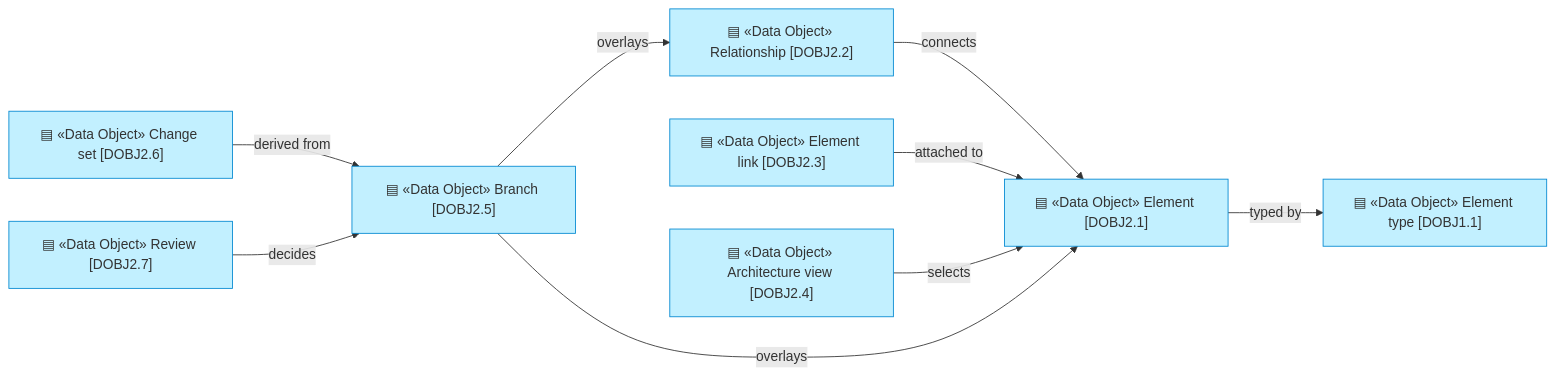
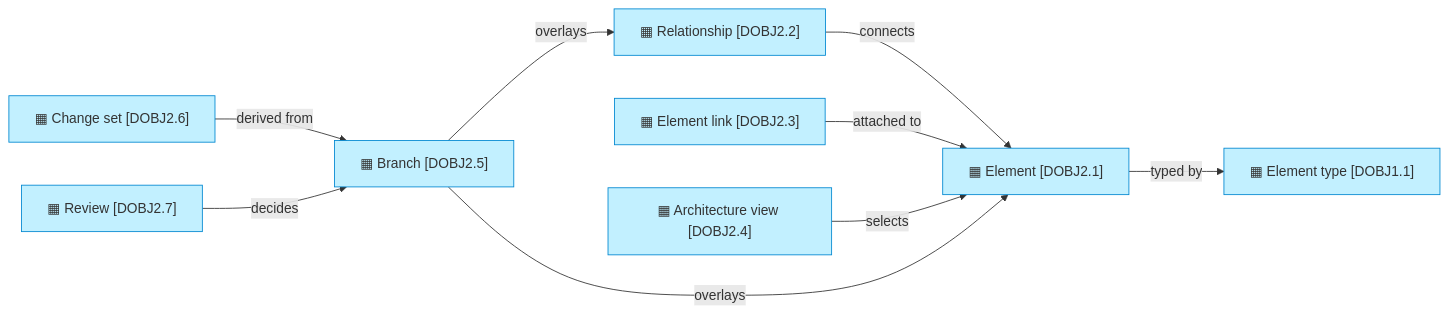
Before and after one commit to bocanegratqut/dbx-enterprise-architecture: the third of 4 diagrams in architecture/3_information/1_data-objects.md, drawn with Mermaid. The commit also changed other lines of this file and 25 other files, not shown here.

````diff
--- a/architecture/3_information/1_data-objects.md
+++ b/architecture/3_information/1_data-objects.md
@@ -34,21 +52,21 @@
 ```mermaid
 flowchart LR
-  el["▤ «Data Object» Element [DOBJ2.1]"]:::application
-  rel["▤ «Data Object» Relationship [DOBJ2.2]"]:::application
-  ln["▤ «Data Object» Element link [DOBJ2.3]"]:::application
-  view["▤ «Data Object» Architecture view [DOBJ2.4]"]:::application
-  br["▤ «Data Object» Branch [DOBJ2.5]"]:::application
-  cs["▤ «Data Object» Change set [DOBJ2.6]"]:::application
-  rev["▤ «Data Object» Review [DOBJ2.7]"]:::application
-  et["▤ «Data Object» Element type [DOBJ1.1]"]:::application
+  el["▦ Element [DOBJ2.1]"]:::application
+  rel["▦ Relationship [DOBJ2.2]"]:::application
+  ln["▦ Element link [DOBJ2.3]"]:::application
+  view["▦ Architecture view [DOBJ2.4]"]:::application
+  br["▦ Branch [DOBJ2.5]"]:::application
+  cs["▦ Change set [DOBJ2.6]"]:::application
+  rev["▦ Review [DOBJ2.7]"]:::application
+  et["▦ Element type [DOBJ1.1]"]:::application
   rel -->|connects| el
   ln -->|attached to| el
   el -->|typed by| et
   view -->|selects| el
   br -->|overlays| el
   br -->|overlays| rel
   cs -->|derived from| br
   rev -->|decides| br
 
   classDef application fill:#c2f0ff,stroke:#0288d1,color:#333
 ```
````
